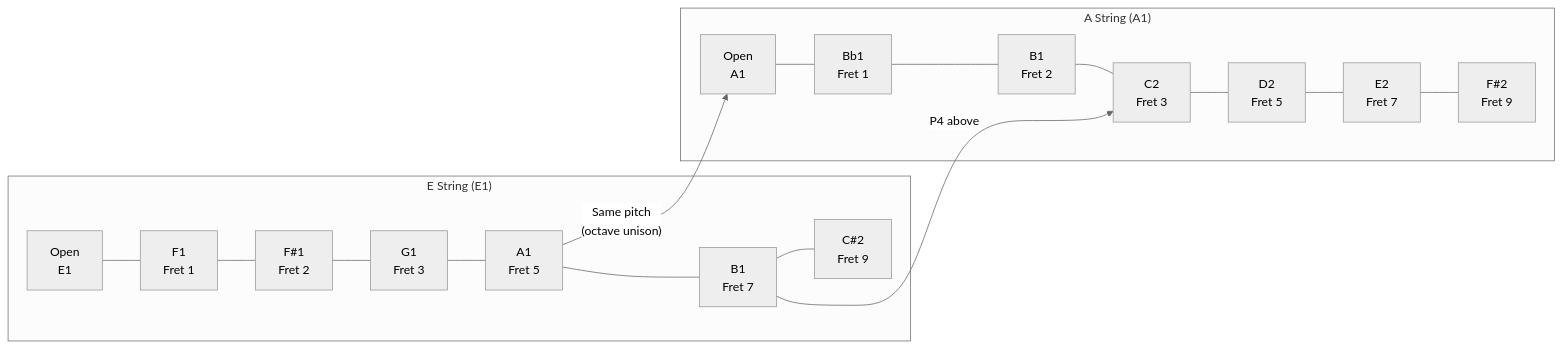
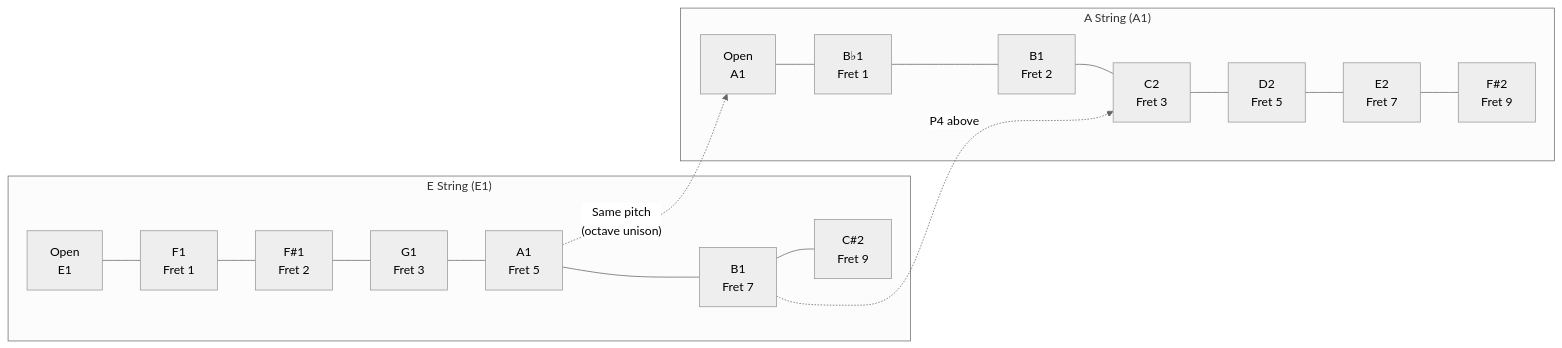
Before and after one commit to blebleblee/synapse: the second of 3 diagrams in topics/arts/music_performance/bass_guitar/lesson_03_walking_lines_and_harmonic_theory.md, drawn with Mermaid (neutral theme). The commit also changed other lines of this file and 4 other files, not shown here.

````diff
--- a/topics/arts/music_performance/bass_guitar/lesson_03_walking_lines_and_harmonic_theory.md
+++ b/topics/arts/music_performance/bass_guitar/lesson_03_walking_lines_and_harmonic_theory.md
@@ -132,13 +131,13 @@
 ```mermaid
 graph LR
-    subgraph sub_e_string__e1 ["E String (E1)"]
+    subgraph sub_e_string_e1 ["E String (E1)"]
         E0["Open\nE1"] --- E1f["F1\nFret 1"] --- E2f["F#1\nFret 2"] --- E3f["G1\nFret 3"]
         E3f --- E5f["A1\nFret 5"] --- E7f["B1\nFret 7"] --- E9f["C#2\nFret 9"]
     end
-    subgraph sub_a_string__a1 ["A String (A1)"]
-        A0["Open\nA1"] --- A1f["Bb1\nFret 1"] --- A2f["B1\nFret 2"] --- A3f["C2\nFret 3"]
+    subgraph sub_a_string_a1 ["A String (A1)"]
+        A0["Open\nA1"] --- A1f["B♭1\nFret 1"] --- A2f["B1\nFret 2"] --- A3f["C2\nFret 3"]
         A3f --- A5f["D2\nFret 5"] --- A7f["E2\nFret 7"] --- A9f["F#2\nFret 9"]
     end
-    E5f -->|"Same pitch\n(octave unison)"| A0
-    E7f -->|"P4 above"| A3f
+    E5f -.->|"Same pitch\n(octave unison)"| A0
+    E7f -.->|"P4 above"| A3f
 ```
````
